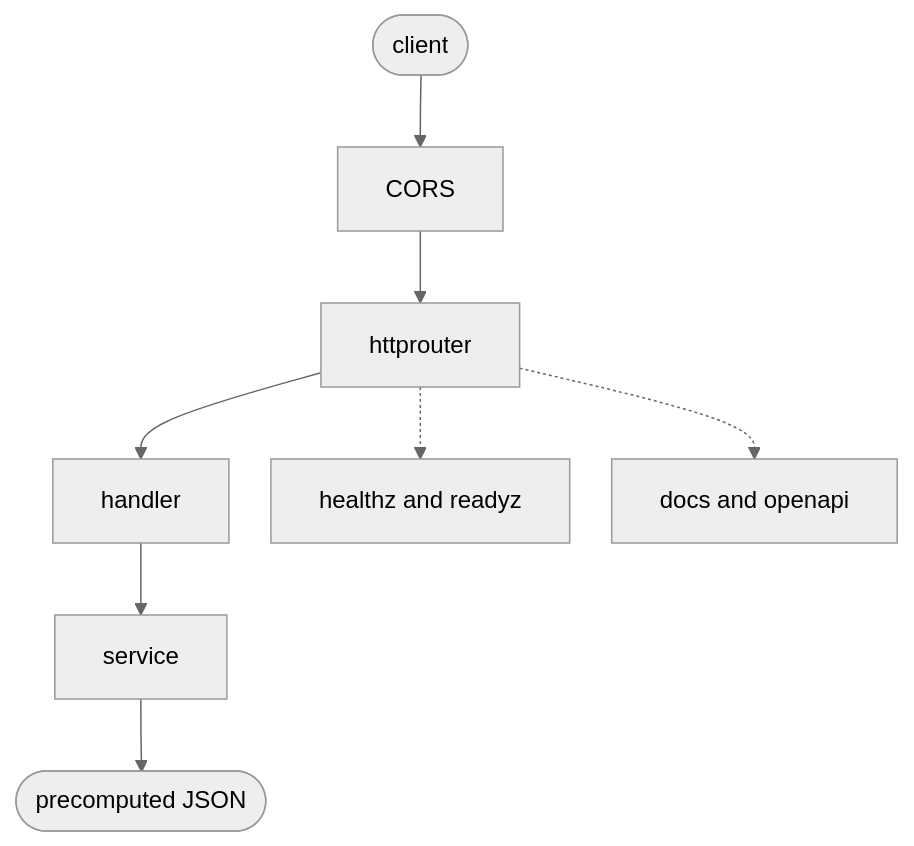
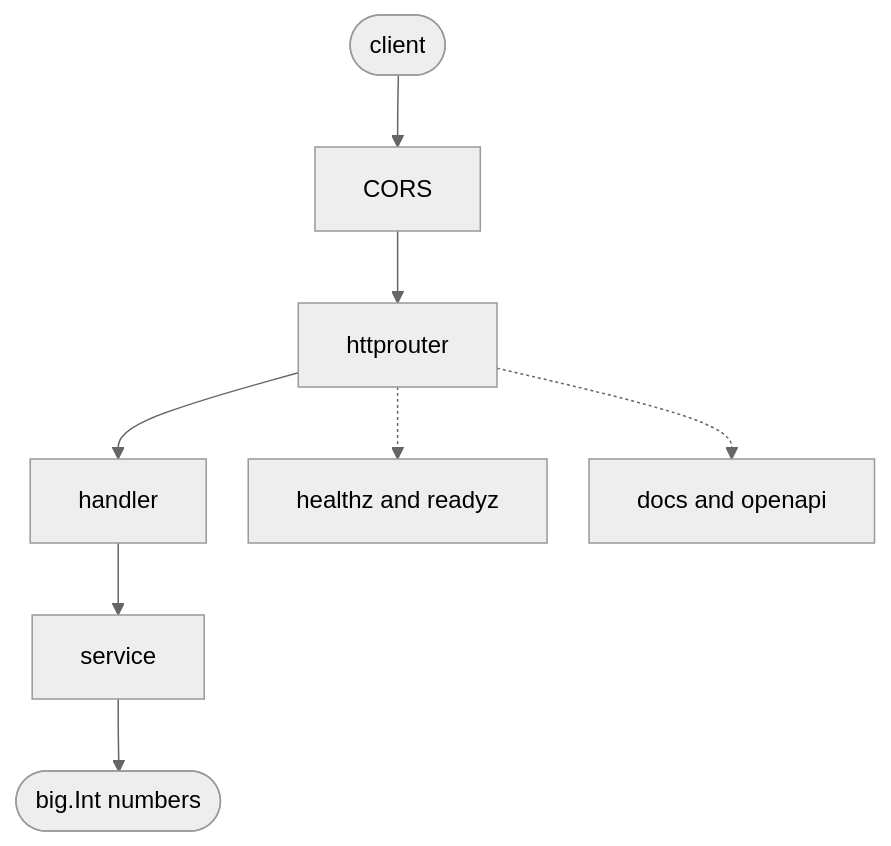
One commit to akrem-chabchoub/fibonacci-api changed the diagram in README.md. Above: the diagram before and after it, drawn with Mermaid. The commit also changed other lines of this file and 8 other files, not shown here.

````diff
--- a/README.md
+++ b/README.md
@@ -11,13 +11,13 @@
 ```mermaid
 %%{init: {"theme": "neutral", "flowchart": {"curve": "basis", "padding": 16, "nodeSpacing": 28, "rankSpacing": 48}}}%%
 flowchart TB
   client([client]) --> cors[CORS]
   cors --> mux[httprouter]
 
   mux --> handler[handler]
   handler --> service[service]
-  service --> json([precomputed JSON])
+  service --> json([big.Int numbers])
 
   mux -.-> health[healthz and readyz]
   mux -.-> docs[docs and openapi]
 ```
````
